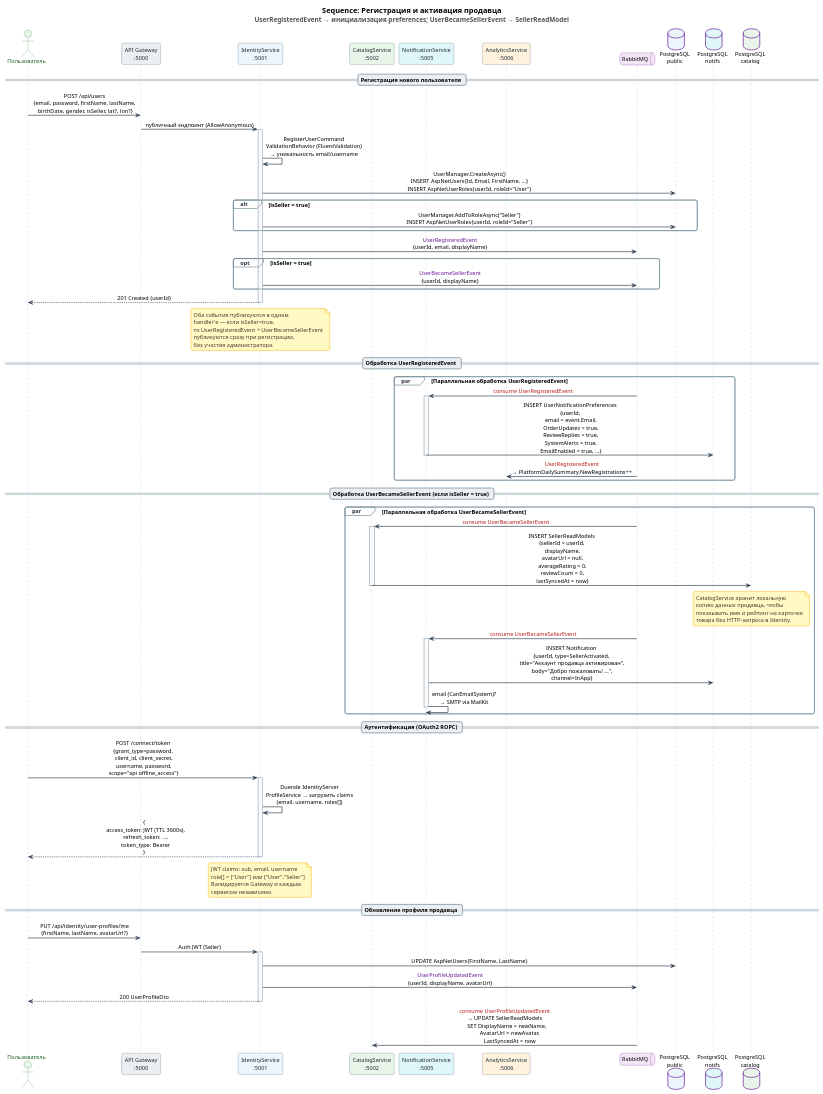
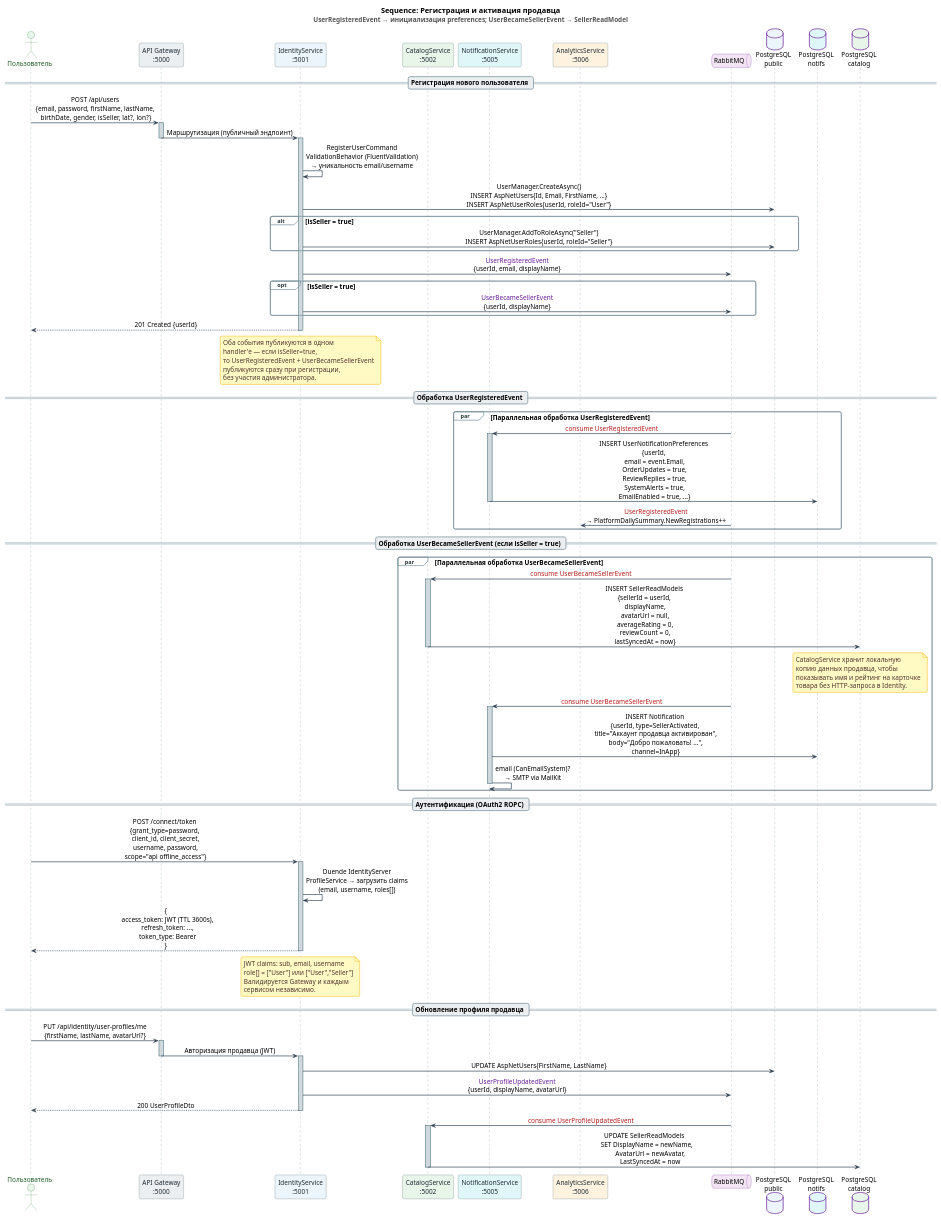
The diagram in docs/diagrams/seq-user-registration.puml (LocMp-olegg/LocalMarketplace), drawn with PlantUML before and after one commit. The commit also changed 11 other files, not shown here.

```diff
--- a/docs/diagrams/seq-user-registration.puml
+++ b/docs/diagrams/seq-user-registration.puml
@@ -1,162 +1,169 @@
 @startuml seq-user-registration
 title <size:16><b>Sequence: Регистрация и активация продавца</b></size>\n<color:#555>UserRegisteredEvent → инициализация preferences; UserBecameSellerEvent → SellerReadModel</color>
 
 skinparam defaultFontName "Segoe UI", Arial, sans-serif
-skinparam defaultFontSize 12
+skinparam defaultFontSize 14
 skinparam roundcorner 8
 skinparam shadowing false
 skinparam sequenceMessageAlign center
 skinparam responseMessageBelowArrow true
 
 skinparam participant {
     BackgroundColor White
     BorderColor #455A64
     FontColor #1C2833
 }
 skinparam actor {
     BackgroundColor #E8F5E9
     BorderColor #2E7D32
     FontColor #1B5E20
 }
 skinparam queue {
     BackgroundColor #F3E5F5
     BorderColor #6A1B9A
 }
 skinparam database {
     BackgroundColor #EDE7F6
     BorderColor #6A1B9A
 }
 skinparam note {
     BackgroundColor #FFF9C4
     BorderColor #FBC02D
     FontColor #4E342E
     BorderThickness 1.2
     roundcorner 6
 }
 skinparam sequence {
     ArrowColor #2C3E50
     ArrowThickness 1.4
-    LifeLineBorderColor #90A4AE
-    LifeLineBackgroundColor #FAFAFA
+    LifeLineBorderColor #607D8B
+    LifeLineBackgroundColor #CFD8DC
     BoxBorderColor #B0BEC5
     BoxBackgroundColor transparent
     DividerBackgroundColor #ECEFF1
     DividerBorderColor #90A4AE
     GroupBorderColor #78909C
     GroupBackgroundColor transparent
     GroupHeaderFontColor #263238
     GroupHeaderFontSize 12
 }
 
 actor       "Пользователь"            as User
 participant "API Gateway\n:5000"      as GW   #ECEFF1
 participant "IdentityService\n:5001"  as IS   #EBF5FB
 participant "CatalogService\n:5002"   as CS   #E8F5E9
 participant "NotificationService\n:5005" as NS #E0F7FA
 participant "AnalyticsService\n:5006" as AS   #FFF3E0
 queue       "RabbitMQ"                as MQ   #F3E5F5
 database    "PostgreSQL\npublic"      as PGIS #EBF5FB
 database    "PostgreSQL\nnotifs"      as PGNS #E0F7FA
 database    "PostgreSQL\ncatalog"     as PGCS #E8F5E9
 
 ' ══════════════════════════════════════════════════════════════
 == Регистрация нового пользователя ==
 ' ══════════════════════════════════════════════════════════════
 
 User -> GW : POST /api/users\n{email, password, firstName, lastName,\n birthDate, gender, isSeller, lat?, lon?}
-GW   -> IS : публичный эндпоинт (AllowAnonymous)
+activate GW
+GW   -> IS : Маршрутизация (публичный эндпоинт)
+deactivate GW
 activate IS
 
 IS   -> IS : RegisterUserCommand\nValidationBehavior (FluentValidation)\n→ уникальность email/username
 
 IS   -> PGIS : UserManager.CreateAsync()\nINSERT AspNetUsers{Id, Email, FirstName, ...}\nINSERT AspNetUserRoles{userId, roleId="User"}
 
 alt isSeller = true
     IS -> PGIS : UserManager.AddToRoleAsync("Seller")\nINSERT AspNetUserRoles{userId, roleId="Seller"}
 end
 
 IS   -> MQ   : <color:#6A1B9A>UserRegisteredEvent</color>\n{userId, email, displayName}
 
 opt isSeller = true
     IS -> MQ : <color:#6A1B9A>UserBecameSellerEvent</color>\n{userId, displayName}
 end
 
 IS  --> User : 201 Created {userId}
 deactivate IS
 
 note over IS
   Оба события публикуются в одном
   handler'е — если isSeller=true,
   то UserRegisteredEvent + UserBecameSellerEvent
   публикуются сразу при регистрации,
   без участия администратора.
 end note
 
 ' ══════════════════════════════════════════════════════════════
 == Обработка UserRegisteredEvent ==
 ' ══════════════════════════════════════════════════════════════
 
 par Параллельная обработка UserRegisteredEvent
     MQ -> NS : <color:#B71C1C>consume UserRegisteredEvent</color>
     activate NS
     NS -> PGNS : INSERT UserNotificationPreferences\n{userId,\n email = event.Email,\n OrderUpdates = true,\n ReviewReplies = true,\n SystemAlerts = true,\n EmailEnabled = true, ...}
     deactivate NS
 
     MQ -> AS : <color:#B71C1C>UserRegisteredEvent</color>\n→ PlatformDailySummary.NewRegistrations++
 end
 
 ' ══════════════════════════════════════════════════════════════
 == Обработка UserBecameSellerEvent (если isSeller = true) ==
 ' ══════════════════════════════════════════════════════════════
 
 par Параллельная обработка UserBecameSellerEvent
     MQ -> CS : <color:#B71C1C>consume UserBecameSellerEvent</color>
     activate CS
     CS -> PGCS : INSERT SellerReadModels\n{sellerId = userId,\n displayName,\n avatarUrl = null,\n averageRating = 0,\n reviewCount = 0,\n lastSyncedAt = now}
     note over PGCS
       CatalogService хранит локальную
       копию данных продавца, чтобы
       показывать имя и рейтинг на карточке
       товара без HTTP-запроса в Identity.
     end note
     deactivate CS
 
     MQ -> NS : <color:#B71C1C>consume UserBecameSellerEvent</color>
     activate NS
     NS -> PGNS : INSERT Notification\n{userId, type=SellerActivated,\n title="Аккаунт продавца активирован",\n body="Добро пожаловать! ...",\n channel=InApp}
     NS -> NS   : email (CanEmailSystem)?\n→ SMTP via MailKit
     deactivate NS
 end
 
 ' ══════════════════════════════════════════════════════════════
 == Аутентификация (OAuth2 ROPC) ==
 ' ══════════════════════════════════════════════════════════════
 
 User -> IS : POST /connect/token\n{grant_type=password,\n client_id, client_secret,\n username, password,\n scope="api offline_access"}
 activate IS
 IS   -> IS : Duende IdentityServer\nProfileService → загрузить claims\n(email, username, roles[])
 IS  --> User : {\n  access_token: JWT (TTL 3600s),\n  refresh_token: ...,\n  token_type: Bearer\n}
 deactivate IS
 
 note over IS
   JWT claims: sub, email, username
   role[] = ["User"] или ["User","Seller"]
   Валидируется Gateway и каждым
   сервисом независимо.
 end note
 
 ' ══════════════════════════════════════════════════════════════
 == Обновление профиля продавца ==
 ' ══════════════════════════════════════════════════════════════
 
 User -> GW  : PUT /api/identity/user-profiles/me\n{firstName, lastName, avatarUrl?}
-GW   -> IS  : Auth JWT (Seller)
+activate GW
+GW   -> IS  : Авторизация продавца (JWT)
+deactivate GW
 activate IS
 IS   -> PGIS : UPDATE AspNetUsers{FirstName, LastName}
 IS   -> MQ   : <color:#6A1B9A>UserProfileUpdatedEvent</color>\n{userId, displayName, avatarUrl}
 IS  --> User : 200 UserProfileDto
 deactivate IS
 
-MQ -> CS : <color:#B71C1C>consume UserProfileUpdatedEvent</color>\n→ UPDATE SellerReadModels\n   SET DisplayName = newName,\n       AvatarUrl = newAvatar,\n       LastSyncedAt = now
+MQ -> CS : <color:#B71C1C>consume UserProfileUpdatedEvent</color>
+activate CS
+CS -> PGCS : UPDATE SellerReadModels\n   SET DisplayName = newName,\n       AvatarUrl = newAvatar,\n       LastSyncedAt = now
+deactivate CS
 
 @enduml
```
